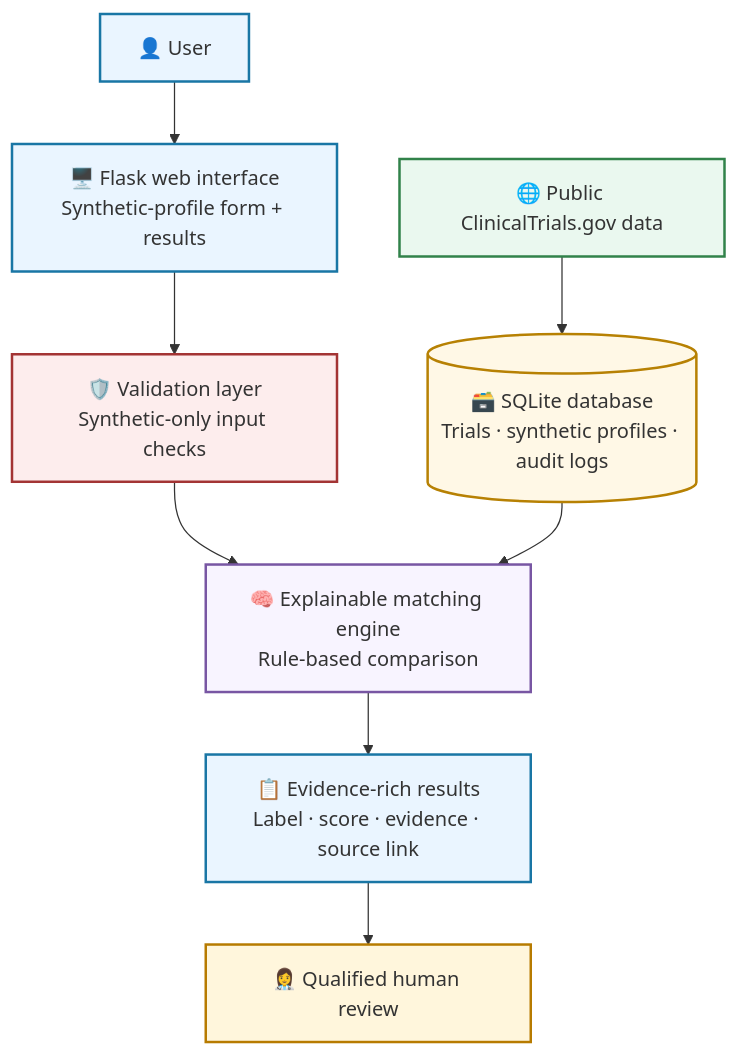
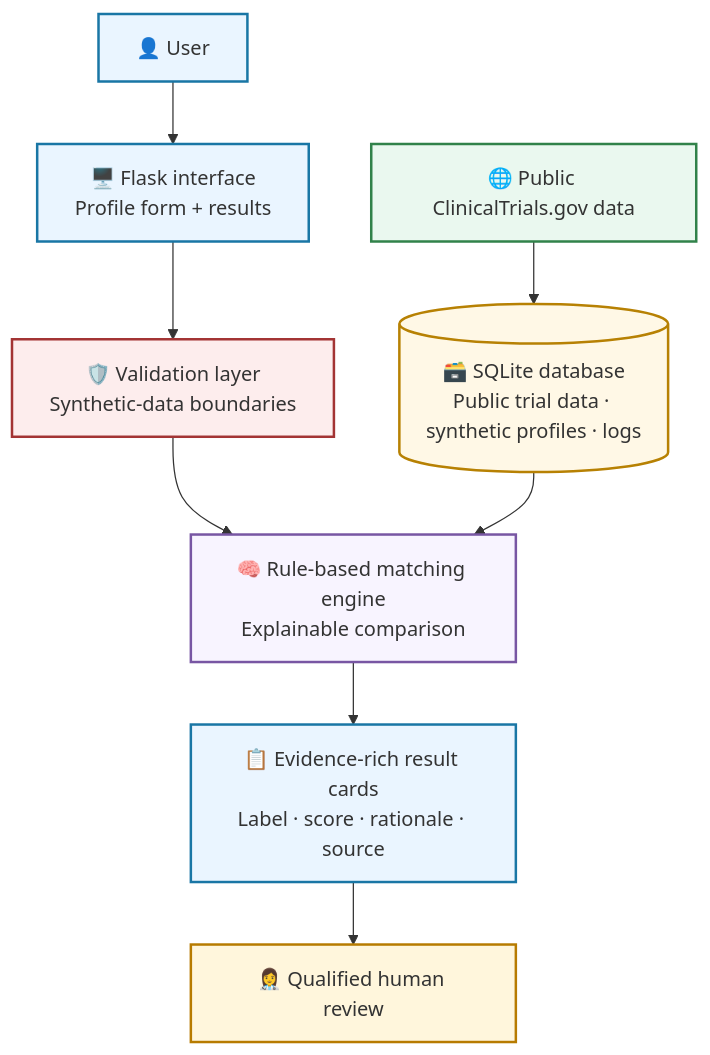
The third of 3 diagrams in README.md (vivek0717/agentic-clinical-trial-matching), drawn with Mermaid before and after one commit. The commit also changed other lines of this file, not shown here.

````diff
--- a/README.md
+++ b/README.md
@@ -259,28 +240,28 @@
 ```mermaid
 flowchart TB
     U["👤 User"]
-    UI["🖥️ Flask web interface<br/>Synthetic-profile form + results"]
-    V["🛡️ Validation layer<br/>Synthetic-only input checks"]
-    M["🧠 Explainable matching engine<br/>Rule-based comparison"]
-    DB[("🗃️ SQLite database<br/>Trials · synthetic profiles · audit logs")]
+    UI["🖥️ Flask interface<br/>Profile form + results"]
+    V["🛡️ Validation layer<br/>Synthetic-data boundaries"]
+    M["🧠 Rule-based matching engine<br/>Explainable comparison"]
+    DB[("🗃️ SQLite database<br/>Public trial data · synthetic profiles · logs")]
     D["🌐 Public ClinicalTrials.gov data"]
-    R["📋 Evidence-rich results<br/>Label · score · evidence · source link"]
+    R["📋 Evidence-rich result cards<br/>Label · score · rationale · source"]
     H["👩‍⚕️ Qualified human review"]
 
     U --> UI
     UI --> V
     V --> M
     DB --> M
     D --> DB
     M --> R
     R --> H
 
     style U fill:#EAF5FF,stroke:#1976A5,stroke-width:2px
     style UI fill:#EAF5FF,stroke:#1976A5,stroke-width:2px
     style V fill:#FDEDED,stroke:#A33434,stroke-width:2px
     style M fill:#F8F4FF,stroke:#7856A3,stroke-width:2px
     style DB fill:#FFF8E6,stroke:#B78103,stroke-width:2px
     style D fill:#EAF8EF,stroke:#31824A,stroke-width:2px
     style R fill:#EAF5FF,stroke:#1976A5,stroke-width:2px
     style H fill:#FFF6DC,stroke:#B77B00,stroke-width:2px
 ```
````
